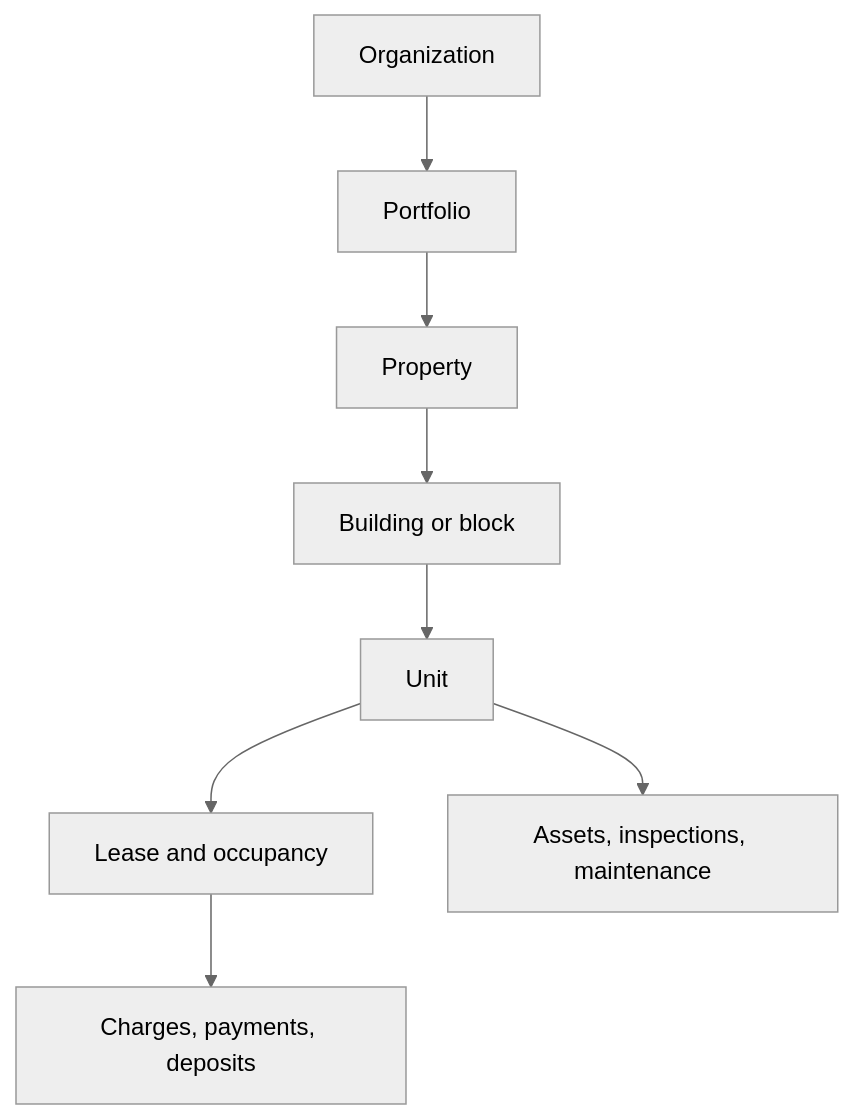
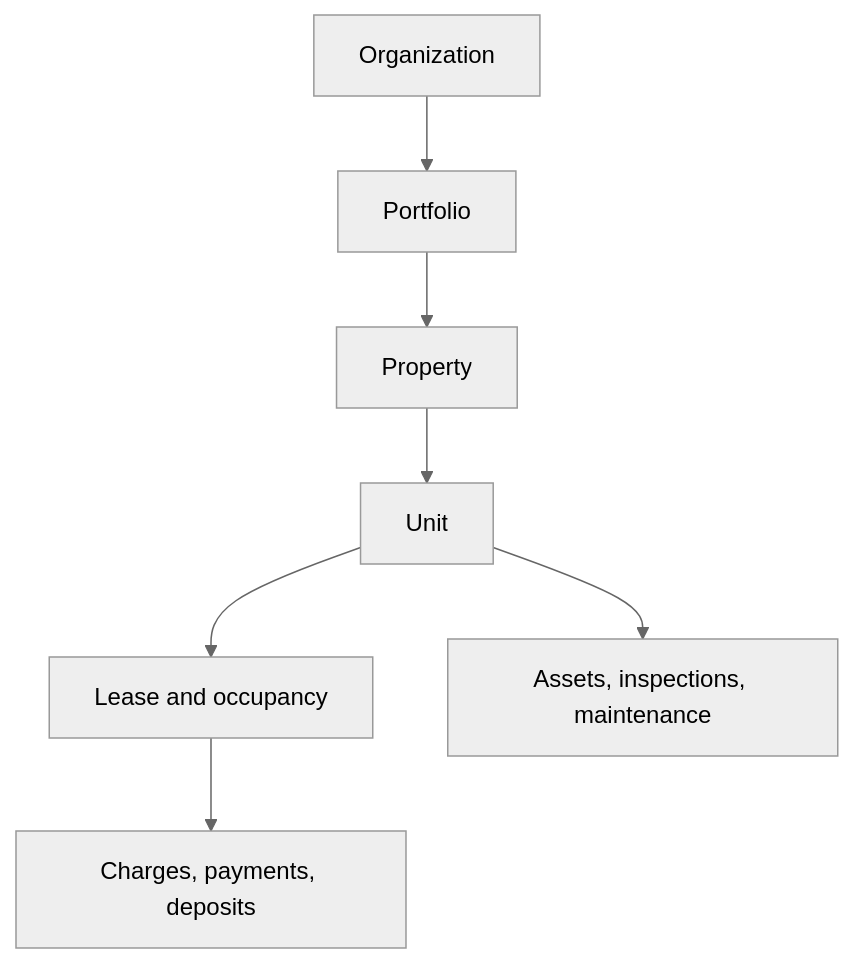
The first of 2 diagrams in docs/product/PRODUCT_BLUEPRINT.md (keyforta/keyforta-property), drawn with Mermaid (neutral theme) before and after one commit. The commit also changed other lines of this file and 130 other files, not shown here.

````diff
--- a/docs/product/PRODUCT_BLUEPRINT.md
+++ b/docs/product/PRODUCT_BLUEPRINT.md
@@ -253,10 +253,9 @@
 ```mermaid
 flowchart TD
     O[Organization] --> P[Portfolio]
     P --> R[Property]
-    R --> B[Building or block]
-    B --> U[Unit]
+  R --> U[Unit]
     U --> L[Lease and occupancy]
     L --> F[Charges, payments, deposits]
     U --> M[Assets, inspections, maintenance]
 ```
````
